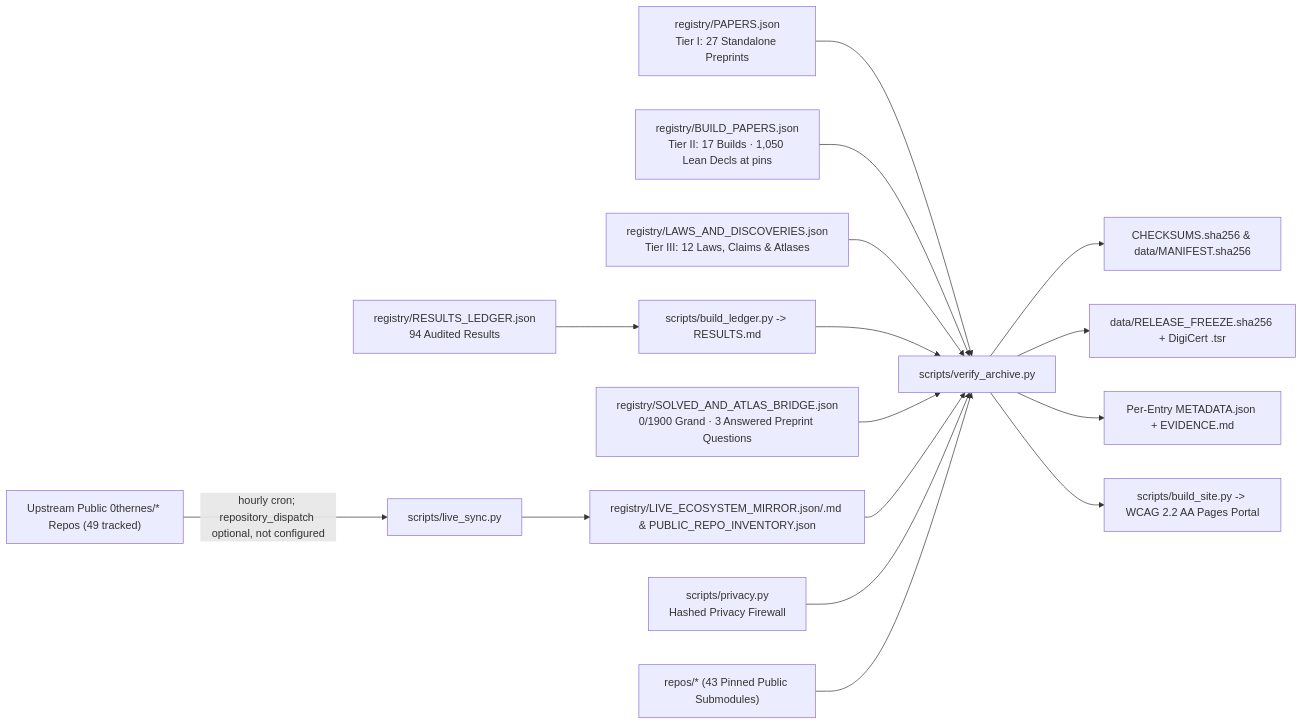
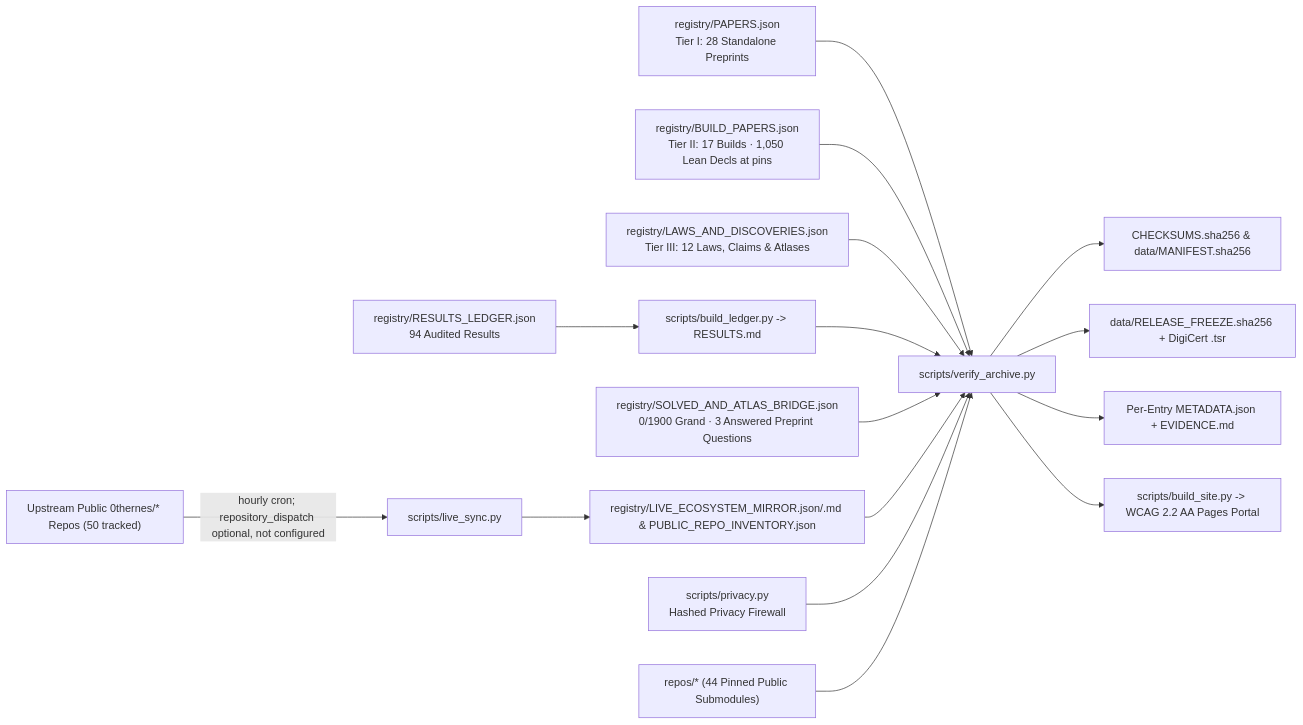
The diagram in docs/architecture.md (0thernes/0thernes-research-archive), drawn with Mermaid before and after one commit. The commit also changed other lines of this file and 20 other files, not shown here.

````diff
--- a/docs/architecture.md
+++ b/docs/architecture.md
@@ -5,18 +5,18 @@
 ```mermaid
 flowchart LR
-    UP["Upstream Public 0thernes/* Repos (49 tracked)"] -->|hourly cron; repository_dispatch optional, not configured| LS["scripts/live_sync.py"]
-    R1["registry/PAPERS.json<br/>Tier I: 27 Standalone Preprints"] --> V["scripts/verify_archive.py"]
+    UP["Upstream Public 0thernes/* Repos (50 tracked)"] -->|hourly cron; repository_dispatch optional, not configured| LS["scripts/live_sync.py"]
+    R1["registry/PAPERS.json<br/>Tier I: 28 Standalone Preprints"] --> V["scripts/verify_archive.py"]
     R2["registry/BUILD_PAPERS.json<br/>Tier II: 17 Builds · 1,050 Lean Decls at pins"] --> V
     R3["registry/LAWS_AND_DISCOVERIES.json<br/>Tier III: 12 Laws, Claims & Atlases"] --> V
     RL["registry/RESULTS_LEDGER.json<br/>94 Audited Results"] --> BL["scripts/build_ledger.py -> RESULTS.md"]
     BL --> V
     BR["registry/SOLVED_AND_ATLAS_BRIDGE.json<br/>0/1900 Grand · 3 Answered Preprint Questions"] --> V
     LS --> LM["registry/LIVE_ECOSYSTEM_MIRROR.json/.md & PUBLIC_REPO_INVENTORY.json"]
     LM --> V
     PR["scripts/privacy.py<br/>Hashed Privacy Firewall"] --> V
-    S["repos/* (43 Pinned Public Submodules)"] --> V
+    S["repos/* (44 Pinned Public Submodules)"] --> V
     V --> C["CHECKSUMS.sha256 & data/MANIFEST.sha256"]
     V --> FZ["data/RELEASE_FREEZE.sha256 + DigiCert .tsr"]
     V --> D["Per-Entry METADATA.json + EVIDENCE.md"]
     V --> P["scripts/build_site.py -> WCAG 2.2 AA Pages Portal"]
 ```
````
